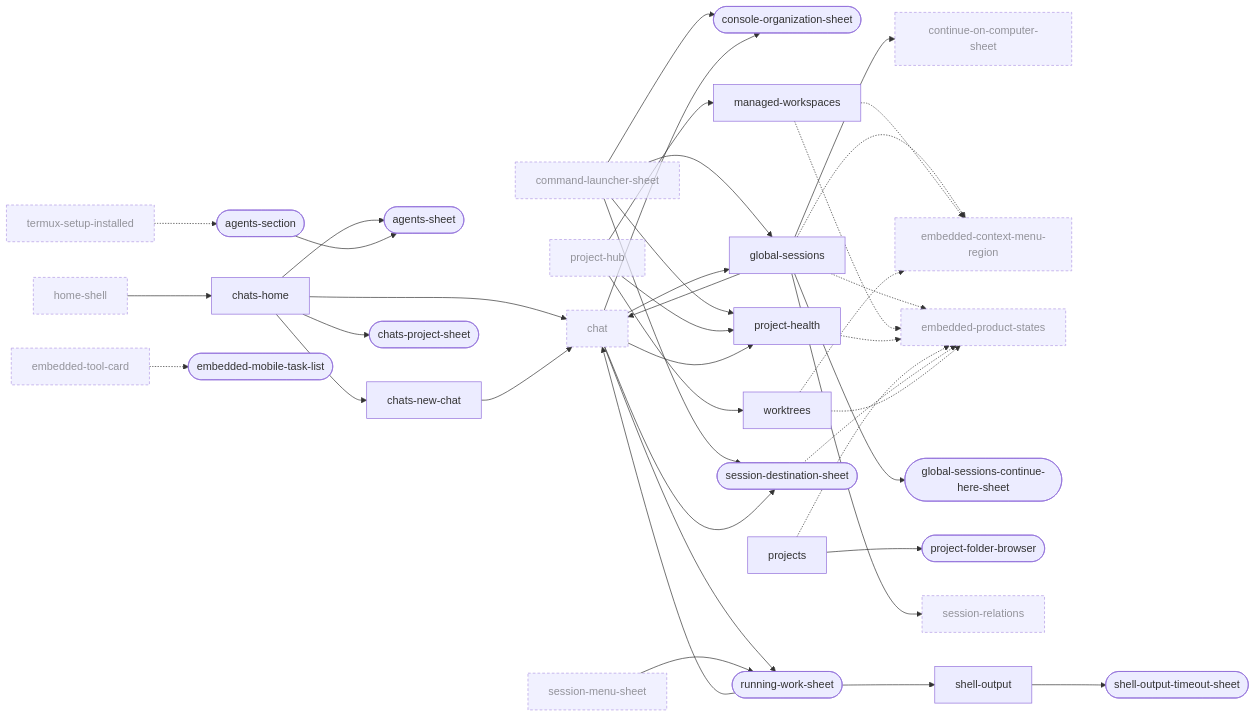
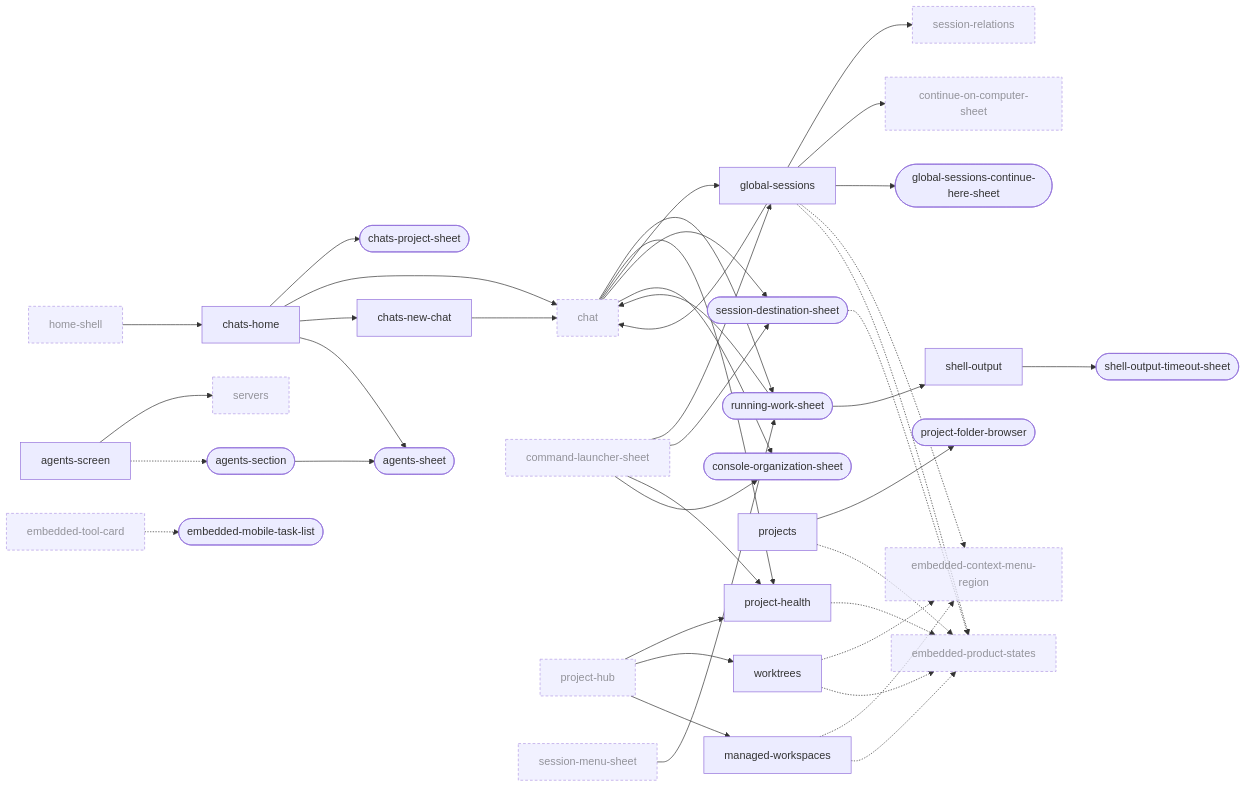
The third of 10 diagrams in docs/design/ui-ledger/navigation.md (Eslamasabry/opencode-mobile-next), drawn with Mermaid before and after one commit. The commit also changed other lines of this file and 25 other files, not shown here.

First line of the commit message:
fix(agents-ui): Agents lives in Settings, not on the Termux host screen [skip ci]

````diff
--- a/docs/design/ui-ledger/navigation.md
+++ b/docs/design/ui-ledger/navigation.md
@@ -421,72 +421,74 @@
 ```mermaid
 graph LR
+  agents_screen["agents-screen"]
   agents_section(["agents-section"])
   agents_sheet(["agents-sheet"])
   chat["chat"]:::ext
   chats_home["chats-home"]
   chats_new_chat["chats-new-chat"]
   chats_project_sheet(["chats-project-sheet"])
   command_launcher_sheet["command-launcher-sheet"]:::ext
   console_organization_sheet(["console-organization-sheet"])
   continue_on_computer_sheet["continue-on-computer-sheet"]:::ext
   embedded_context_menu_region["embedded-context-menu-region"]:::ext
   embedded_mobile_task_list(["embedded-mobile-task-list"])
   embedded_product_states["embedded-product-states"]:::ext
   embedded_tool_card["embedded-tool-card"]:::ext
   global_sessions["global-sessions"]
   global_sessions_continue_here_sheet(["global-sessions-continue-here-sheet"])
   home_shell["home-shell"]:::ext
   managed_workspaces["managed-workspaces"]
   project_folder_browser(["project-folder-browser"])
   project_health["project-health"]
   project_hub["project-hub"]:::ext
   projects["projects"]
   running_work_sheet(["running-work-sheet"])
+  servers["servers"]:::ext
   session_destination_sheet(["session-destination-sheet"])
   session_menu_sheet["session-menu-sheet"]:::ext
   session_relations["session-relations"]:::ext
   shell_output["shell-output"]
   shell_output_timeout_sheet(["shell-output-timeout-sheet"])
-  termux_setup_installed["termux-setup-installed"]:::ext
   worktrees["worktrees"]
   home_shell --> chats_home
   chat --> running_work_sheet
   command_launcher_sheet --> global_sessions
   command_launcher_sheet --> session_destination_sheet
   command_launcher_sheet --> project_health
   command_launcher_sheet --> console_organization_sheet
   session_menu_sheet --> running_work_sheet
   chats_home --> chats_project_sheet
   chats_home --> chat
   chats_home --> chats_new_chat
   chats_home --> agents_sheet
   global_sessions --> chat
   global_sessions --> session_relations
   global_sessions --> continue_on_computer_sheet
   global_sessions --> global_sessions_continue_here_sheet
   running_work_sheet --> chat
   running_work_sheet --> shell_output
   shell_output --> shell_output_timeout_sheet
   project_hub --> project_health
   project_hub --> worktrees
   project_hub --> managed_workspaces
   chats_new_chat --> chat
   agents_section --> agents_sheet
+  agents_screen --> servers
   projects --> project_folder_browser
   global_sessions -.-> embedded_context_menu_region
   managed_workspaces -.-> embedded_context_menu_region
   worktrees -.-> embedded_context_menu_region
   global_sessions -.-> embedded_product_states
   managed_workspaces -.-> embedded_product_states
   project_health -.-> embedded_product_states
   projects -.-> embedded_product_states
   session_destination_sheet -.-> embedded_product_states
   worktrees -.-> embedded_product_states
   chat --> project_health
   chat --> global_sessions
   chat --> session_destination_sheet
   chat --> console_organization_sheet
   embedded_tool_card -.-> embedded_mobile_task_list
-  termux_setup_installed -.-> agents_section
+  agents_screen -.-> agents_section
   classDef ext stroke-dasharray: 4 3,opacity:0.7
 ```
````
